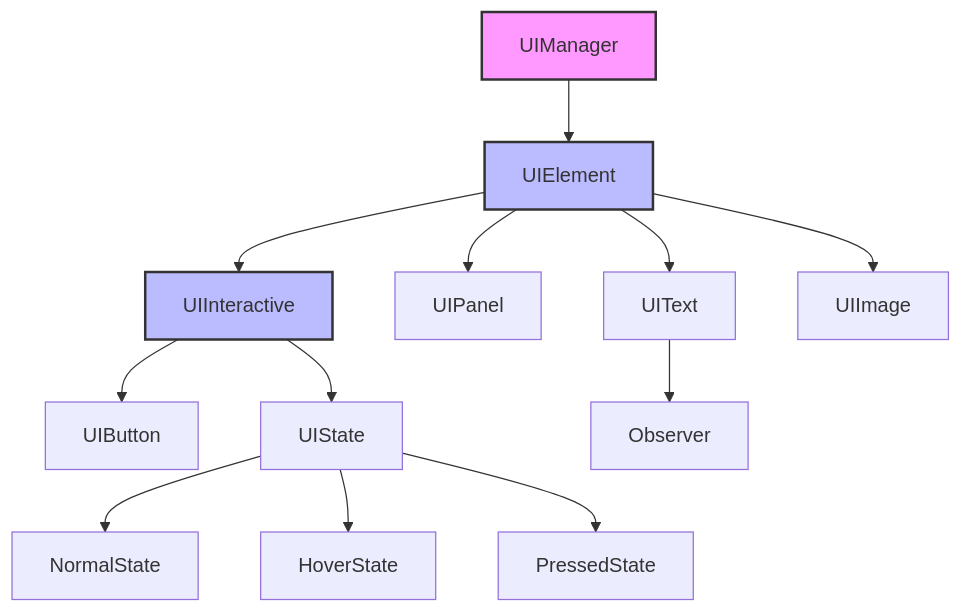
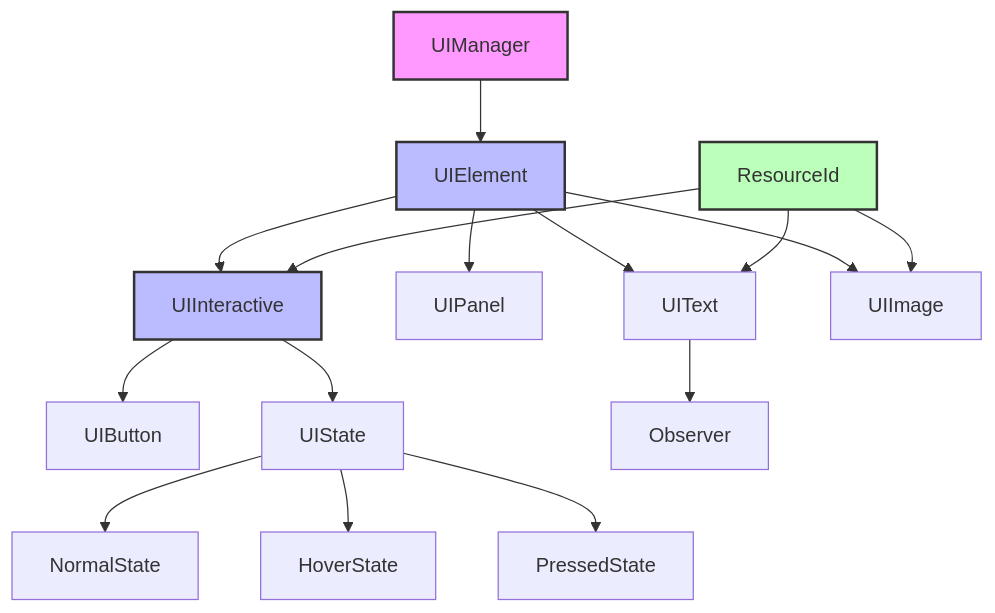
The fourth of 4 diagrams in doc/ui/README.md (hezhangtdzs/MonsterWar), drawn with Mermaid before and after one commit. The commit also changed other lines of this file and 47 other files, not shown here.

````diff
--- a/doc/ui/README.md
+++ b/doc/ui/README.md
@@ -530,20 +681,25 @@
 ```mermaid
 graph TB
     UIManager --> UIElement
     UIElement --> UIInteractive
     UIInteractive --> UIButton
     UIElement --> UIPanel
     UIElement --> UIText
     UIElement --> UIImage
     
     UIInteractive --> UIState
     UIState --> NormalState
     UIState --> HoverState
     UIState --> PressedState
     
     UIText --> Observer
     
+    ResourceId --> UIInteractive
+    ResourceId --> UIText
+    ResourceId --> UIImage
+    
     style UIManager fill:#f9f,stroke:#333,stroke-width:2px
     style UIElement fill:#bbf,stroke:#333,stroke-width:2px
     style UIInteractive fill:#bbf,stroke:#333,stroke-width:2px
+    style ResourceId fill:#bfb,stroke:#333,stroke-width:2px
 ```
````
